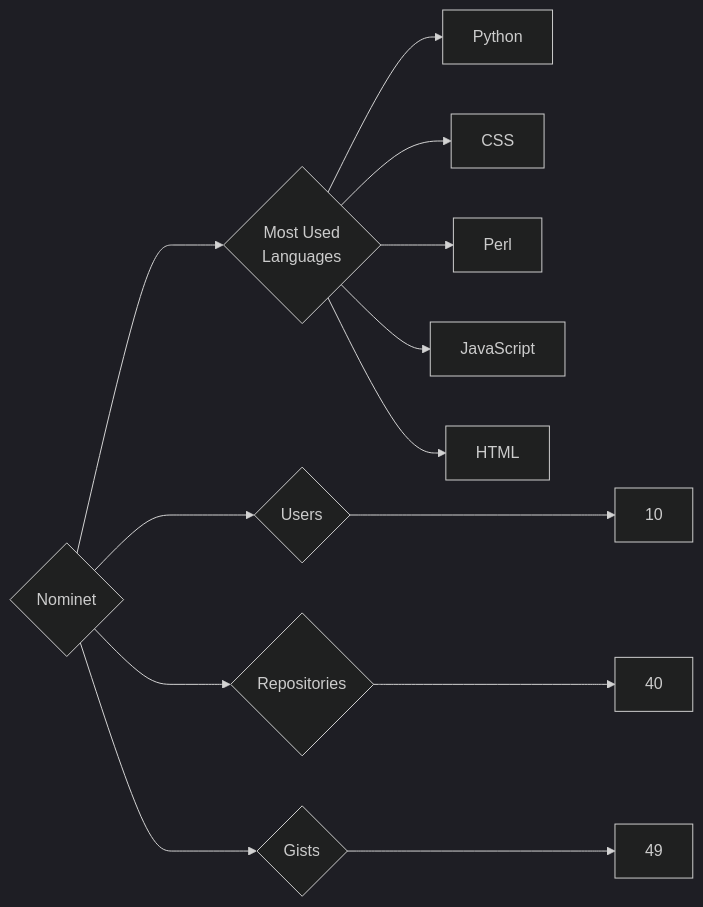
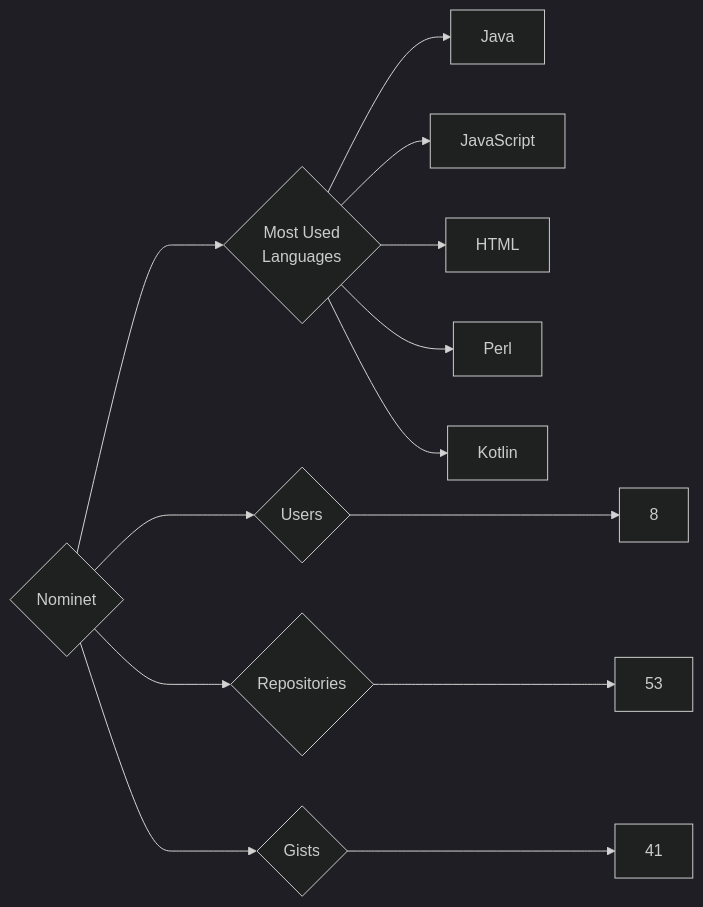
The diagram in targets/Nominet/README.md (trickest/insiders), drawn with Mermaid (dark theme) before and after one commit. The commit also changed 1696 other files, not shown here.

````diff
--- a/targets/Nominet/README.md
+++ b/targets/Nominet/README.md
@@ -3,13 +3,13 @@
 ```mermaid
 graph LR
 COMPANY_NAME{Nominet}
-COMPANY_NAME ---> U{Users} ---> UN[10]
-COMPANY_NAME ---> R{Repositories} ---> RN[40]
-COMPANY_NAME ---> G{Gists} ---> GN[49]
+COMPANY_NAME ---> U{Users} ---> UN[8]
+COMPANY_NAME ---> R{Repositories} ---> RN[53]
+COMPANY_NAME ---> G{Gists} ---> GN[41]
 COMPANY_NAME ---> ML{Most Used<br>Languages}
-ML --> Python[Python]
-ML --> CSS[CSS]
-ML --> Perl[Perl]
+ML --> Java[Java]
 ML --> JavaScript[JavaScript]
 ML --> HTML[HTML]
+ML --> Perl[Perl]
+ML --> Kotlin[Kotlin]
 ```
````
